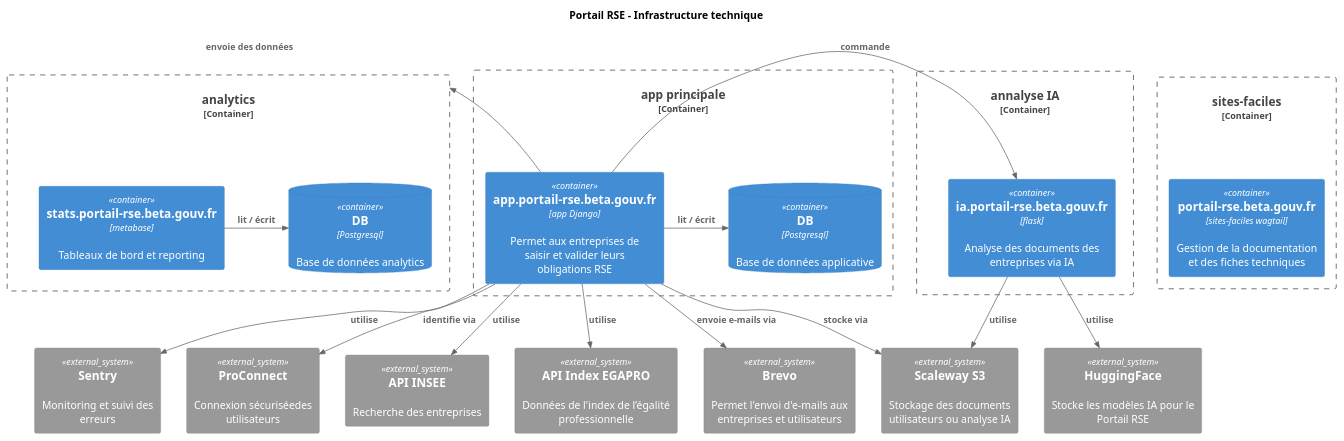
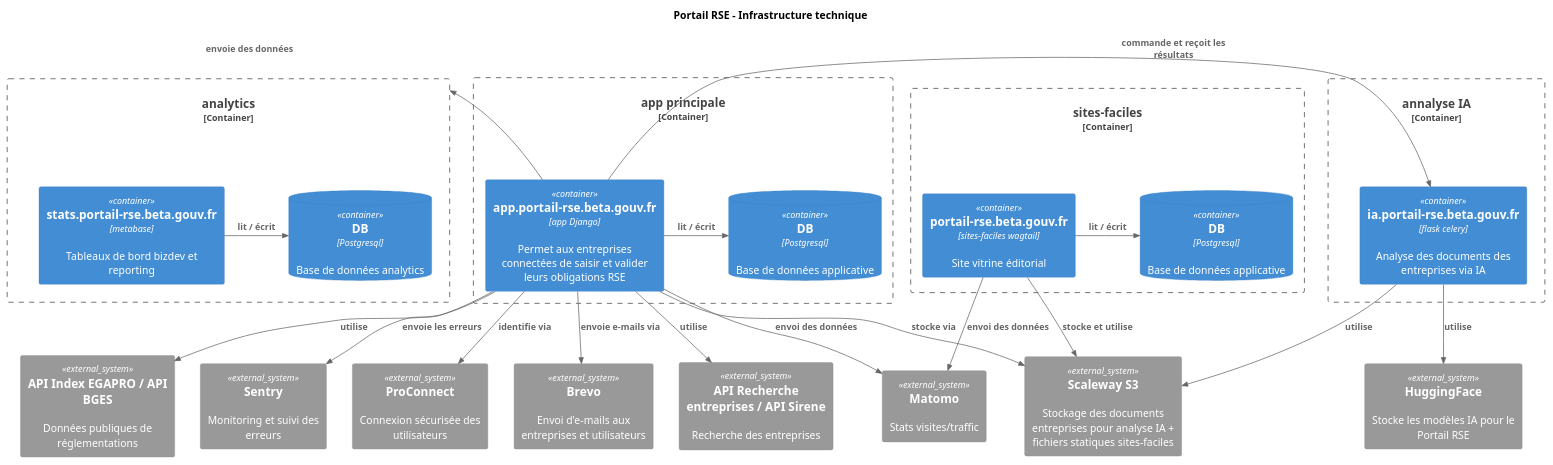
One commit to betagouv/portail-rse changed the diagram in doc/overview.puml. Above: the diagram before and after it, drawn with PlantUML. The commit also changed 1 other file, not shown here.

Commit message:
docs: complète le diagramme overview

```diff
--- a/doc/overview.puml
+++ b/doc/overview.puml
@@ -1,53 +1,61 @@
 @startuml Portail_RSE
 !include https://raw.githubusercontent.com/plantuml-stdlib/C4-PlantUML/master/C4_Component.puml
 
 title Portail RSE - Infrastructure technique
 
 Container_Boundary(mb, "analytics") {
-    Container(mbapp, "stats.portail-rse.beta.gouv.fr", "metabase", "Tableaux de bord et reporting")
+    Container(mbapp, "stats.portail-rse.beta.gouv.fr", "metabase", "Tableaux de bord bizdev et reporting")
     ContainerDb(db2, "DB", "Postgresql", "Base de données analytics")
     Rel_R(mbapp,db2, "lit / écrit")
 }
 
 Container_Boundary(app, "app principale") {
-        Container(django, "app.portail-rse.beta.gouv.fr", "app Django", "Permet aux entreprises de saisir et valider leurs obligations RSE")
-        ContainerDb(db1, "DB", "Postgresql", "Base de données applicative")
-        Rel_R(django,db1, "lit / écrit")
+    Container(django, "app.portail-rse.beta.gouv.fr", "app Django", "Permet aux entreprises connectées de saisir et valider leurs obligations RSE")
+    ContainerDb(db1, "DB", "Postgresql", "Base de données applicative")
+    Rel_R(django, db1, "lit / écrit")
 }
 
 Rel_L(django ,mb, "envoie des données")
 
 Container_Boundary(ia, "annalyse IA") {
-    Container(ia_app, "ia.portail-rse.beta.gouv.fr", "flask", "Analyse des documents des entreprises via IA")
+    Container(ia_app, "ia.portail-rse.beta.gouv.fr", "flask celery", "Analyse des documents des entreprises via IA")
 }
 
-Rel(django, ia_app, "commande")
+Rel(django, ia_app, "commande et reçoit les résultats")
 Lay_L(django, ia)
 
 Container_Boundary(sf, "sites-faciles") {
-    Container(sfapp, "portail-rse.beta.gouv.fr", "sites-faciles wagtail", "Gestion de la documentation et des fiches techniques")
+    Container(sfapp, "portail-rse.beta.gouv.fr", "sites-faciles wagtail", "Site vitrine éditorial")
+    ContainerDb(sfdb, "DB", "Postgresql", "Base de données applicative")
+    Rel_R(sfapp, sfdb, "lit / écrit")
 }
 
-System_Ext(api1, "API INSEE", "Recherche des entreprises")
+System_Ext(api1, "API Recherche entreprises / API Sirene", "Recherche des entreprises")
 Rel(django, api1, "utilise")
 
-System_Ext(api2, "API Index EGAPRO", "Données de l'index de l’égalité professionnelle")
+System_Ext(api2, "API Index EGAPRO / API BGES", "Données publiques de réglementations")
 Rel(django, api2, "utilise")
 
 System_Ext(api3, "Sentry", "Monitoring et suivi des erreurs")
-Rel(django, api3, "utilise")
+Rel(django, api3, "envoie les erreurs")
 
-System_Ext(pc, "ProConnect", "Connexion sécuriséedes utilisateurs")
+System_Ext(pc, "ProConnect", "Connexion sécurisée des utilisateurs")
 Rel(django, pc, "identifie via")
 
-System_Ext(sw, "Scaleway S3", "Stockage des documents utilisateurs ou analyse IA")
+System_Ext(sw, "Scaleway S3", "Stockage des documents entreprises pour analyse IA + fichiers statiques sites-faciles")
 Rel(django, sw, "stocke via")
 Rel(ia_app, sw, "utilise")
+Rel(sfapp, sw, "stocke et utilise")
 
-System_Ext(brevo, "Brevo", "Permet l'envoi d'e-mails aux entreprises et utilisateurs")
+System_Ext(brevo, "Brevo", "Envoi d'e-mails aux entreprises et utilisateurs")
 Rel(django, brevo, "envoie e-mails via")
 
 System_Ext(hf, "HuggingFace", "Stocke les modèles IA pour le Portail RSE")
 Rel(ia_app, hf, "utilise")
 
+System_Ext(matomo, "Matomo", "Stats visites/traffic")
+Rel(django, matomo, "envoi des données")
+Rel(sfapp, matomo, "envoi des données")
+
+
 @enduml
```
